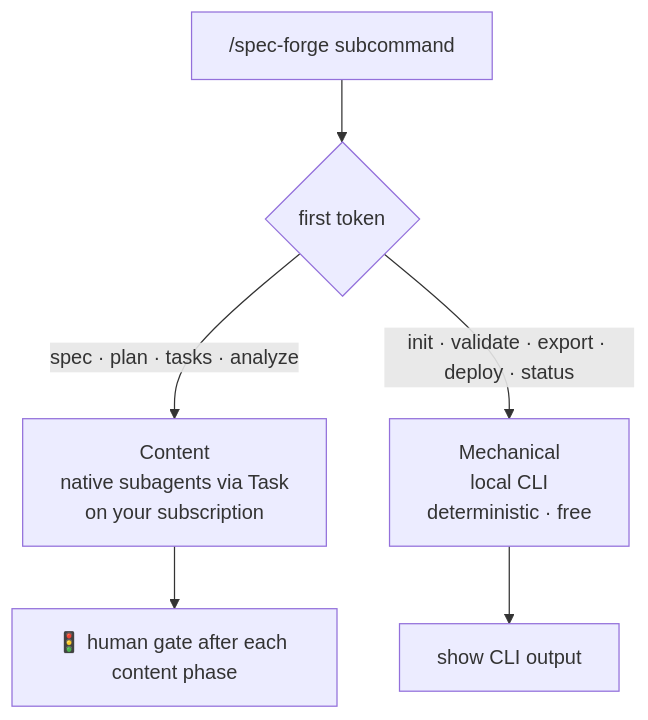
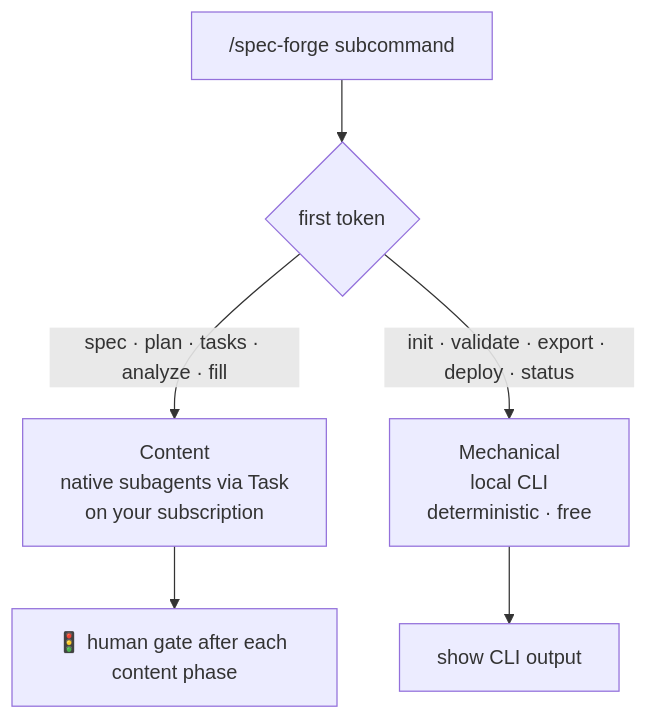
One commit to chiperi/spec-forge changed the sixth of 9 diagrams in README.md. Above: the diagram before and after it, drawn with Mermaid. The commit also changed other lines of this file and 6 other files, not shown here.

````diff
--- a/README.md
+++ b/README.md
@@ -273,8 +274,8 @@
 ```mermaid
 flowchart TD
     U["/spec-forge subcommand"] --> R{first token}
-    R -->|spec · plan · tasks · analyze| CN["Content<br/>native subagents via Task<br/>on your subscription"]
+    R -->|spec · plan · tasks · analyze · fill| CN["Content<br/>native subagents via Task<br/>on your subscription"]
     R -->|init · validate · export · deploy · status| ME["Mechanical<br/>local CLI<br/>deterministic · free"]
     CN --> G["🚦 human gate after each content phase"]
     ME --> O["show CLI output"]
 ```
````
